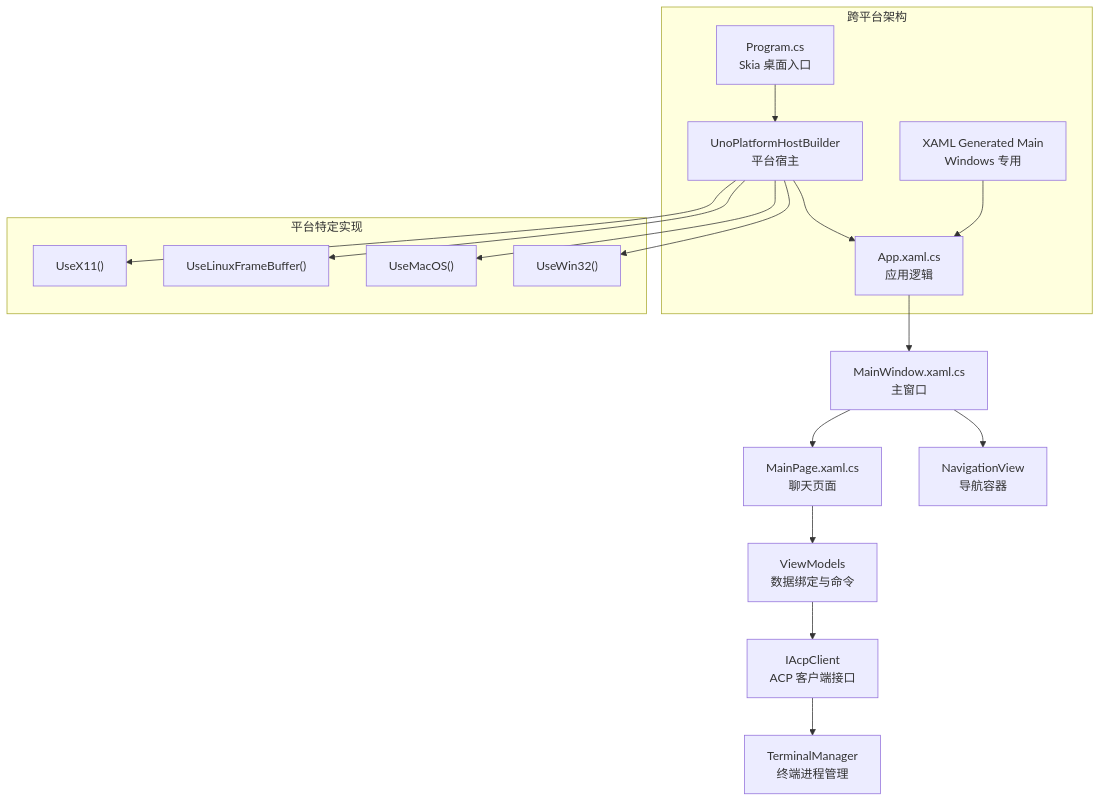
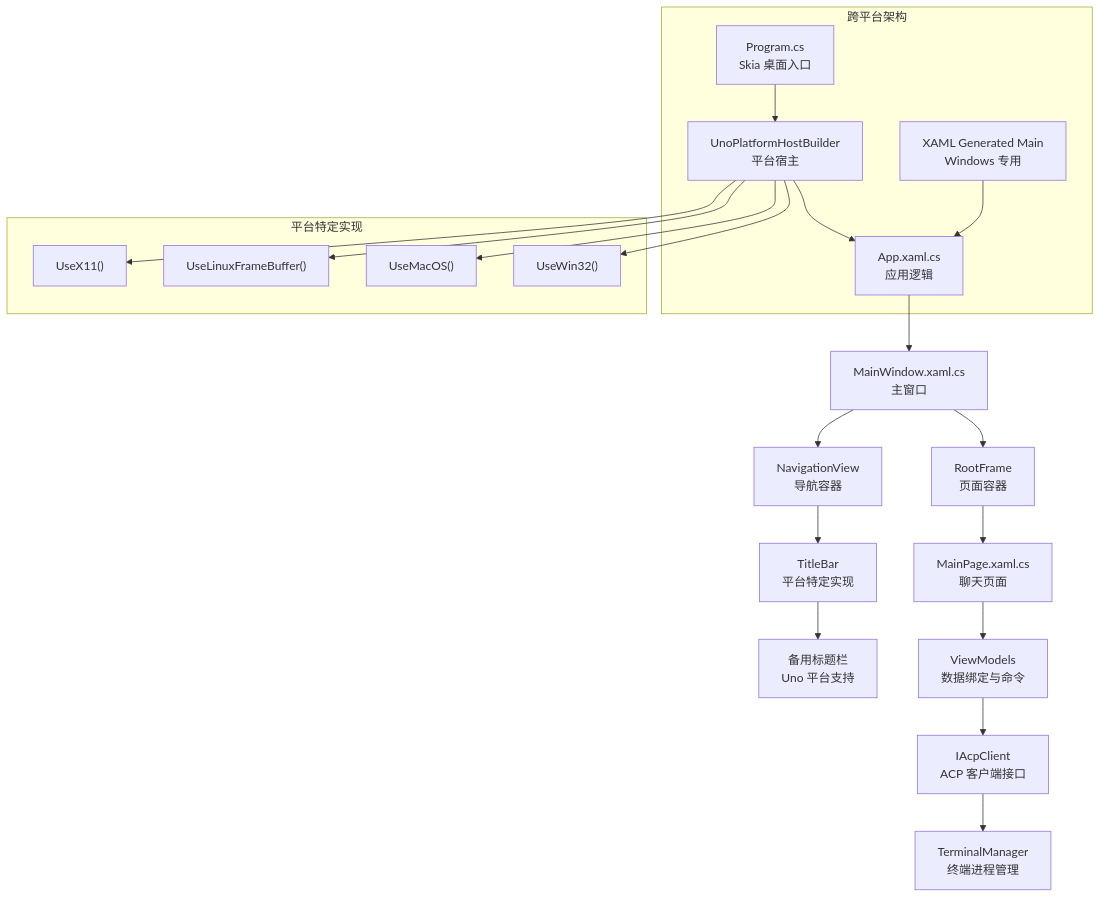
Before and after one commit to AgenticDesktop/App: the first of 3 diagrams in .qoder/repowiki/zh/content/开发指南/项目结构/应用程序入口.md, drawn with Mermaid. The commit also changed other lines of this file and 69 other files, not shown here.

````diff
--- a/.qoder/repowiki/zh/content/开发指南/项目结构/应用程序入口.md
+++ b/.qoder/repowiki/zh/content/开发指南/项目结构/应用程序入口.md
@@ -45,20 +46,23 @@
 ```mermaid
 graph TB
 subgraph "跨平台架构"
 Entry["Program.cs<br/>Skia 桌面入口"] --> UnoHost["UnoPlatformHostBuilder<br/>平台宿主"]
 UnoHost --> App["App.xaml.cs<br/>应用逻辑"]
 WinEntry["XAML Generated Main<br/>Windows 专用"] --> App
 end
 App --> MainWin["MainWindow.xaml.cs<br/>主窗口"]
-MainWin --> MainPg["MainPage.xaml.cs<br/>聊天页面"]
-MainWin --> Nav["NavigationView<br/>导航容器"]
+MainWin --> NavView["NavigationView<br/>导航容器"]
+NavView --> TitleBar["TitleBar<br/>平台特定实现"]
+TitleBar --> Fallback["备用标题栏<br/>Uno 平台支持"]
+MainWin --> RootFrame["RootFrame<br/>页面容器"]
+RootFrame --> MainPg["MainPage.xaml.cs<br/>聊天页面"]
 MainPg --> VM["ViewModels<br/>数据绑定与命令"]
 VM --> ACP["IAcpClient<br/>ACP 客户端接口"]
 ACP --> Term["TerminalManager<br/>终端进程管理"]
 subgraph "平台特定实现"
 UnoHost --> X11["UseX11()"]
 UnoHost --> LinuxFB["UseLinuxFrameBuffer()"]
 UnoHost --> MacOS["UseMacOS()"]
 UnoHost --> Win32["UseWin32()"]
 end
 ```
````
